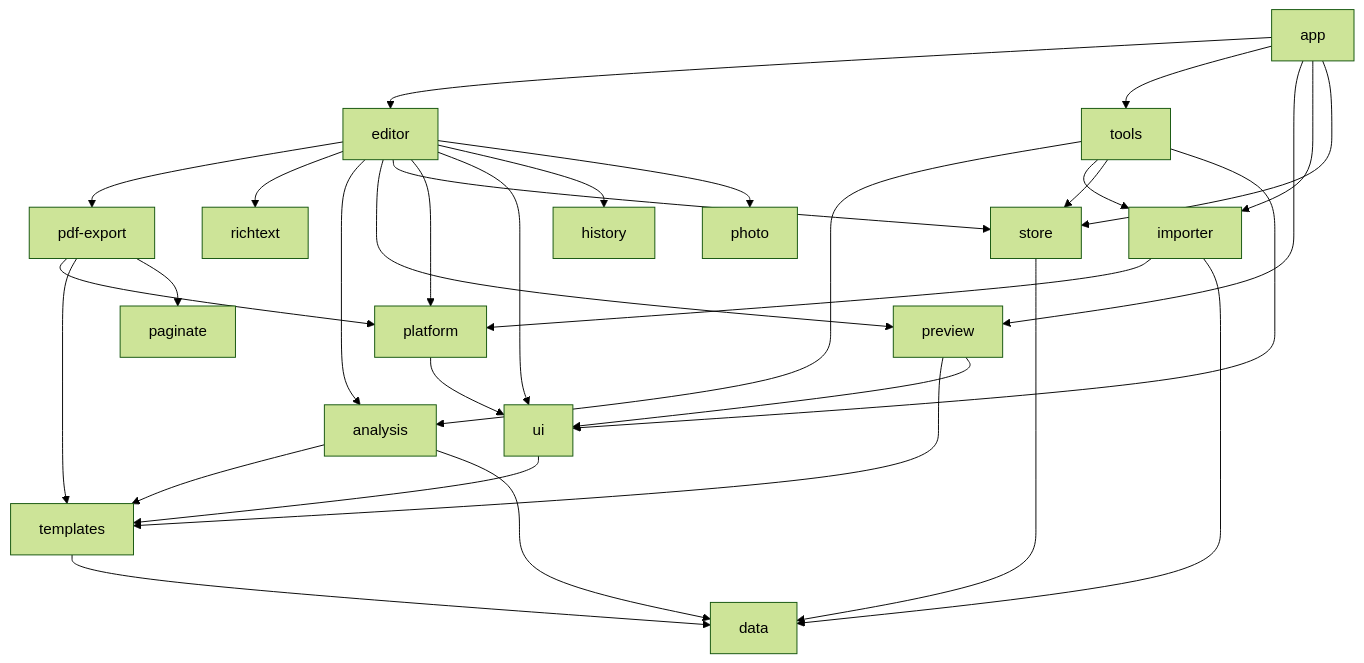
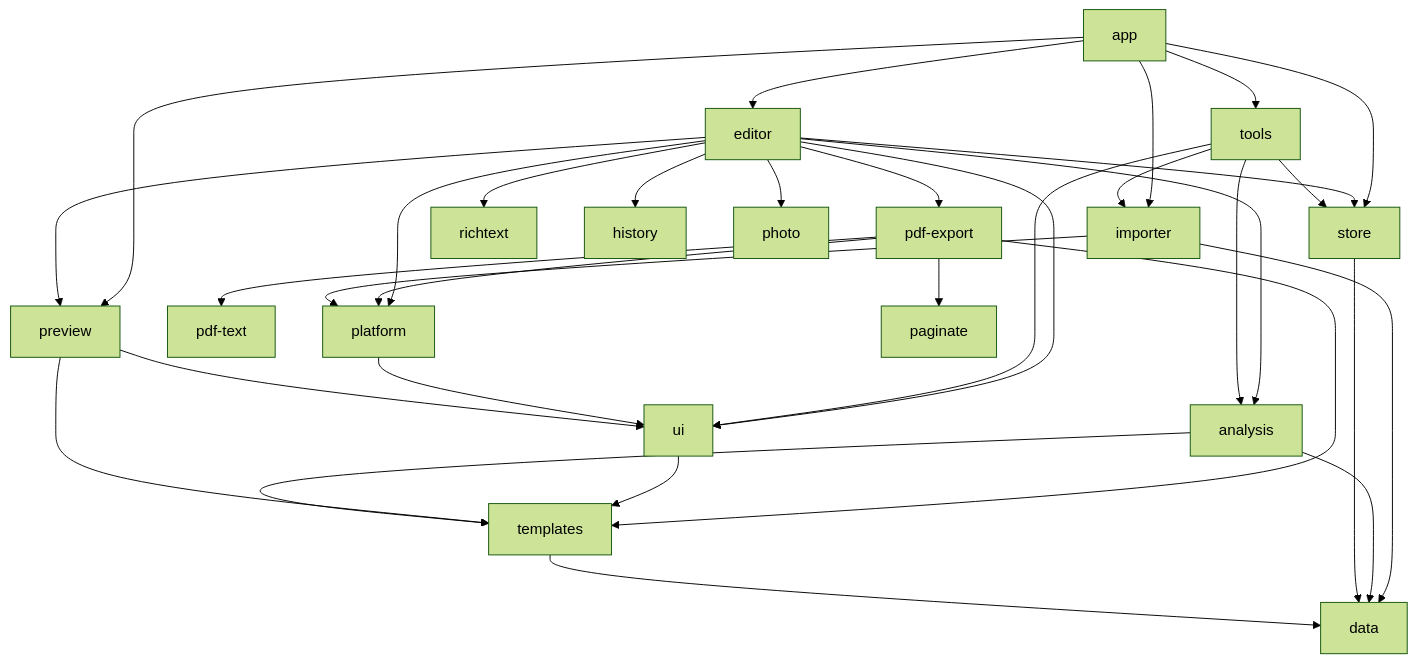
One commit to GopiKrishnaGummadidala/resume-builder changed the second of 2 diagrams in docs/architecture.md. Above: the diagram before and after it, drawn with Mermaid (forest theme). The commit also changed other lines of this file and 26 other files, not shown here.

````diff
--- a/docs/architecture.md
+++ b/docs/architecture.md
@@ -64,14 +65,15 @@
 ```mermaid
 flowchart TD
     app --> editor & tools & preview & importer & store
+    pdfexport --> pdftext[pdf-text]
     editor --> pdfexport[pdf-export] & richtext & analysis & preview & store & platform & ui & history & photo
     tools --> analysis & importer & store & ui
     pdfexport --> platform & templates & paginate
     importer --> platform & data
     platform --> ui
     ui --> templates
     preview --> templates & ui
     analysis --> templates & data
     store --> data
     templates --> data
 ```
````
